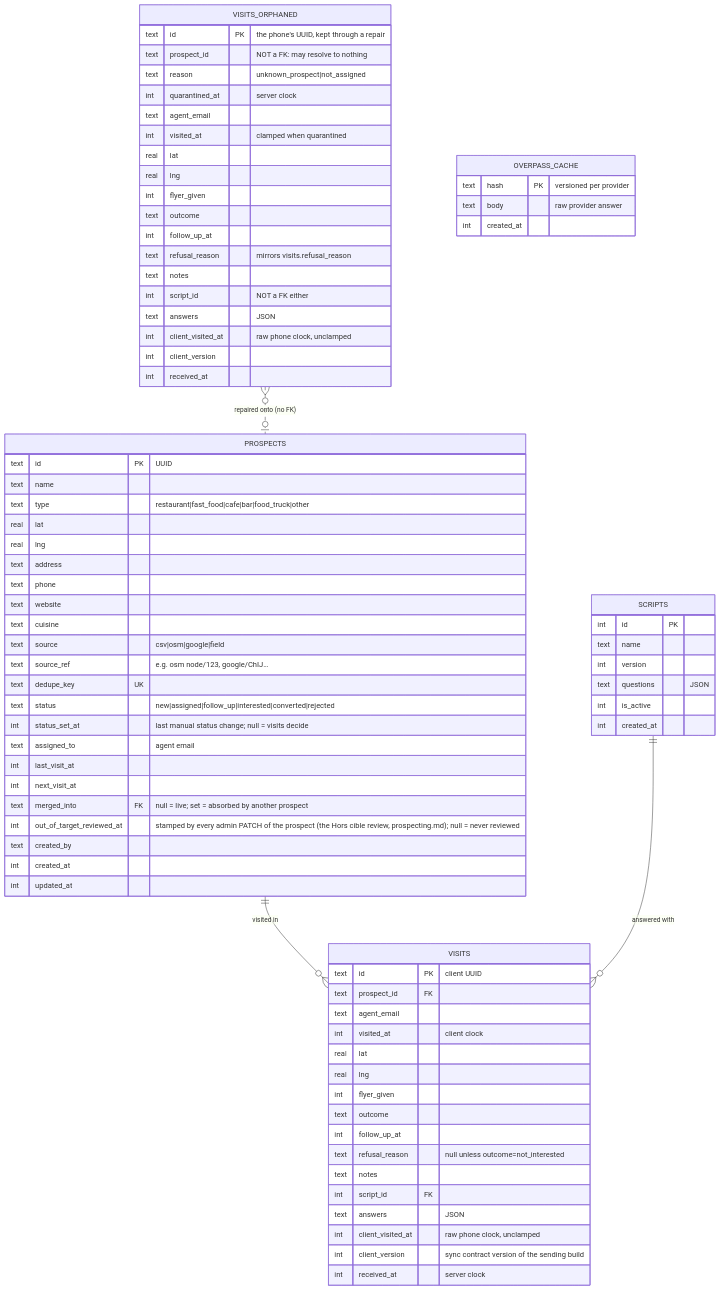
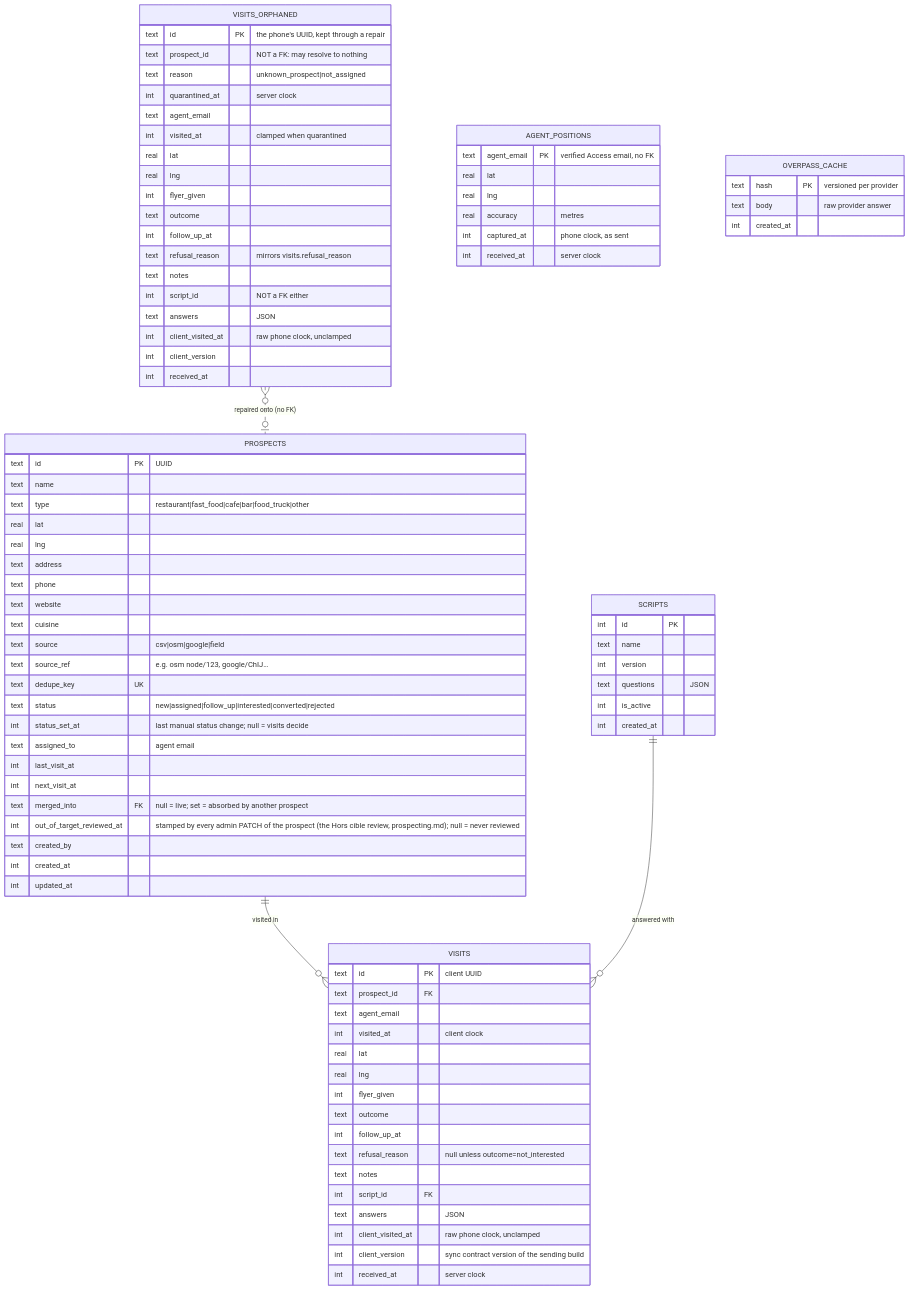
One commit to FixByteStudio/captain-prospectus changed the diagram in docs/data-model.md. Above: the diagram before and after it, drawn with Mermaid. The commit also changed other lines of this file and 20 other files, not shown here.

```diff
--- a/docs/data-model.md
+++ b/docs/data-model.md
@@ -77,6 +77,15 @@
     int is_active
     int created_at
   }
+  AGENT_POSITIONS {
+    text agent_email PK "verified Access email, no FK"
+    real lat
+    real lng
+    real accuracy "metres"
+    int captured_at "phone clock, as sent"
+    int received_at "server clock"
+  }
+
   OVERPASS_CACHE {
     text hash PK "versioned per provider"
     text body "raw provider answer"
```
